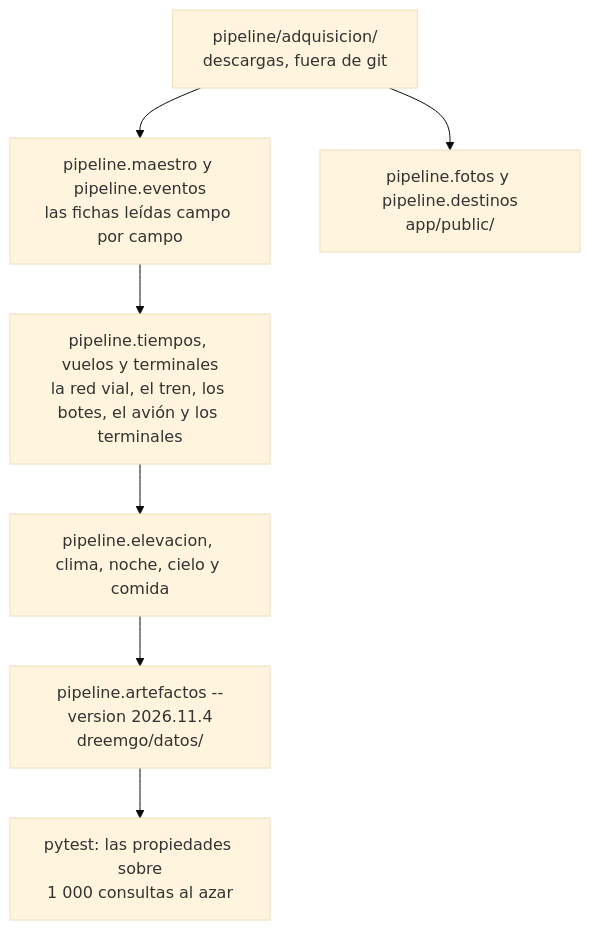
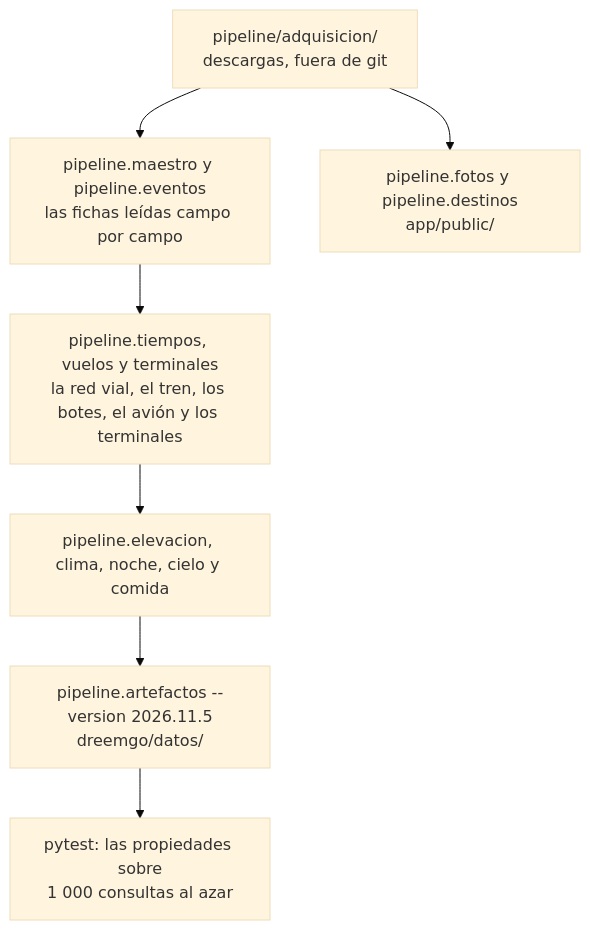
One commit to oswaldoaqm/Alejandros-Team changed the third of 4 diagrams in docs/ARQUITECTURA.md. Above: the diagram before and after it, drawn with Mermaid (base theme). The commit also changed other lines of this file and 11 other files, not shown here.

````diff
--- a/docs/ARQUITECTURA.md
+++ b/docs/ARQUITECTURA.md
@@ -98,9 +98,9 @@
 ```mermaid
 flowchart TD
     a["pipeline/adquisicion/<br/>descargas, fuera de git"] --> b["pipeline.maestro y pipeline.eventos<br/>las fichas leídas campo por campo"]
     b --> c["pipeline.tiempos, vuelos y terminales<br/>la red vial, el tren, los botes, el avión y los terminales"]
     c --> d["pipeline.elevacion, clima, noche, cielo y comida"]
-    d --> e["pipeline.artefactos --version 2026.11.4<br/>dreemgo/datos/"]
+    d --> e["pipeline.artefactos --version 2026.11.5<br/>dreemgo/datos/"]
     e --> f["pytest: las propiedades sobre<br/>1 000 consultas al azar"]
     a --> g["pipeline.fotos y pipeline.destinos<br/>app/public/"]
 ```
````
